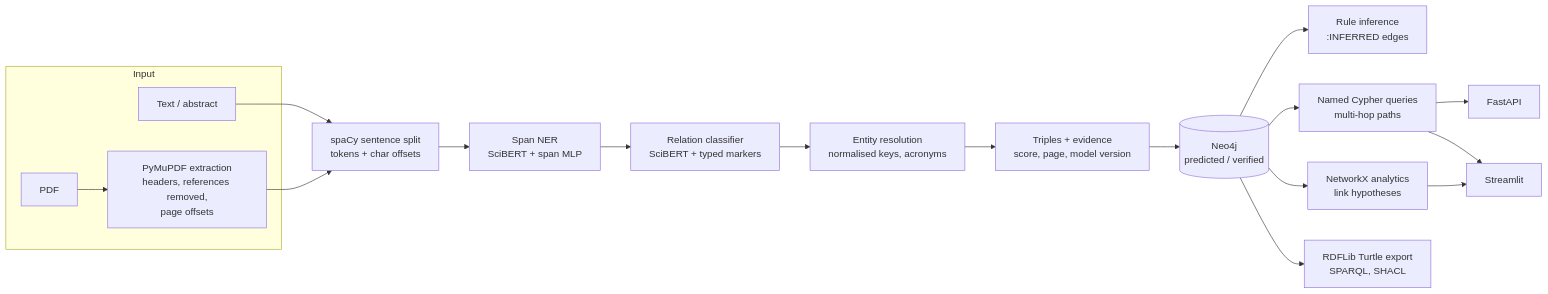
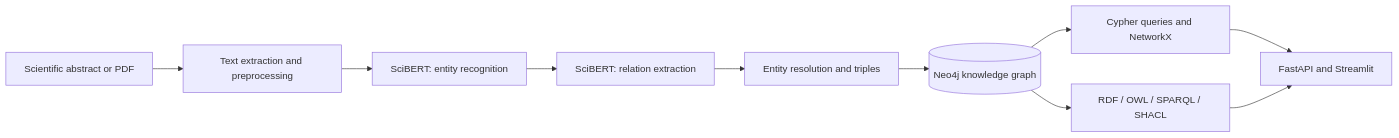
One commit to HaoudarNouhaila/scigraph-nlp changed the first of 2 diagrams in README.md. Above: the diagram before and after it, drawn with Mermaid. The commit also changed other lines of this file, not shown here.

````diff
--- a/README.md
+++ b/README.md
@@ -102,21 +40,12 @@
 ```mermaid
 flowchart LR
-    subgraph Input
-        T[Text / abstract]
-        P[PDF] --> X[PyMuPDF extraction<br/>headers, references removed,<br/>page offsets]
-    end
-    T --> S[spaCy sentence split<br/>tokens + char offsets]
-    X --> S
-    S --> NER[Span NER<br/>SciBERT + span MLP]
-    NER --> RE[Relation classifier<br/>SciBERT + typed markers]
-    RE --> ER[Entity resolution<br/>normalised keys, acronyms]
-    ER --> TR[Triples + evidence<br/>score, page, model version]
-    TR --> NEO[(Neo4j<br/>predicted / verified)]
-    NEO --> INF[Rule inference<br/>:INFERRED edges]
-    NEO --> Q[Named Cypher queries<br/>multi-hop paths]
-    NEO --> NX[NetworkX analytics<br/>link hypotheses]
-    NEO --> RDF[RDFLib Turtle export<br/>SPARQL, SHACL]
-    Q --> API[FastAPI]
-    Q --> UI[Streamlit]
-    NX --> UI
+    A[Scientific abstract or PDF] --> B[Text extraction and preprocessing]
+    B --> C[SciBERT: entity recognition]
+    C --> D[SciBERT: relation extraction]
+    D --> E[Entity resolution and triples]
+    E --> F[(Neo4j knowledge graph)]
+    F --> G[Cypher queries and NetworkX]
+    F --> H[RDF / OWL / SPARQL / SHACL]
+    G --> I[FastAPI and Streamlit]
+    H --> I
 ```
````
